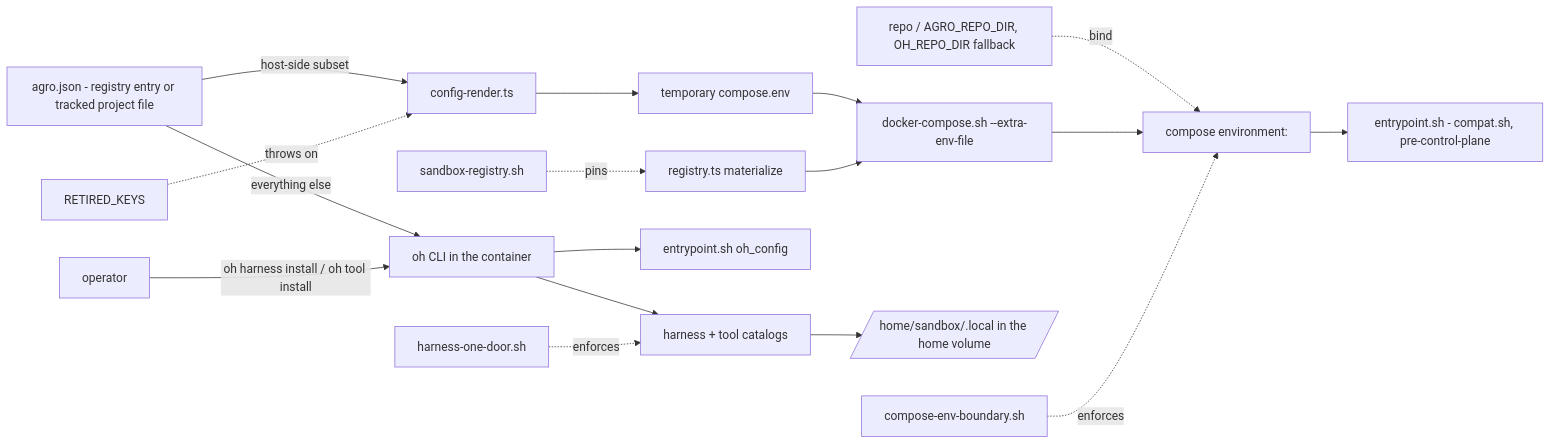
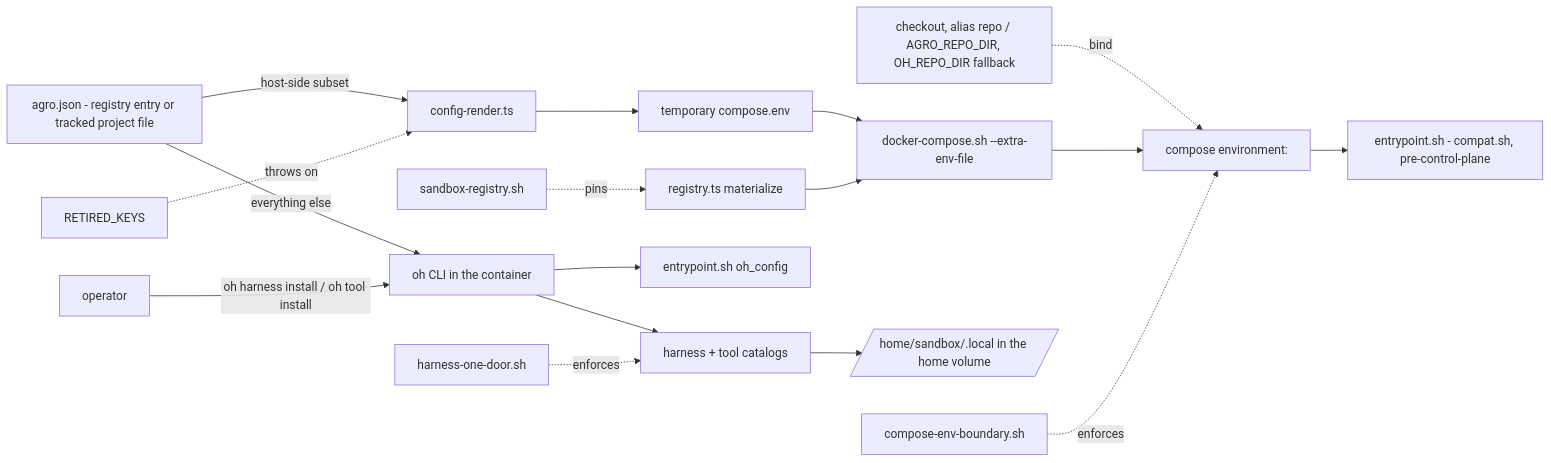
Before and after one commit to mifunedev/agro: the diagram in .agro/knowledge/source/compose-env-boundary.md, drawn with Mermaid. The commit also changed other lines of this file and 4 other files, not shown here.

````diff
--- a/.agro/knowledge/source/compose-env-boundary.md
+++ b/.agro/knowledge/source/compose-env-boundary.md
@@ -63,20 +65,20 @@
 ```mermaid
 flowchart LR
   OH[agro.json - registry entry or tracked project file]
   OH -->|host-side subset| CR[config-render.ts]
   CR --> ENV[temporary compose.env]
   ENV --> DC[docker-compose.sh --extra-env-file]
   REG[registry.ts materialize] --> DC
-  REPO["repo / AGRO_REPO_DIR, OH_REPO_DIR fallback"] -. bind .-> COMPOSE
+  REPO["checkout, alias repo / AGRO_REPO_DIR, OH_REPO_DIR fallback"] -. bind .-> COMPOSE
   DC --> COMPOSE[compose environment:]
   COMPOSE --> EP1[entrypoint.sh - compat.sh, pre-control-plane]
   OH -->|everything else| CLI[oh CLI in the container]
   CLI --> EP2[entrypoint.sh oh_config]
   OP[operator] -->|oh harness install / oh tool install| CLI
   CLI --> CAT[harness + tool catalogs]
   CAT --> HOME[/home/sandbox/.local in the home volume/]
   PROBE[compose-env-boundary.sh] -.enforces.-> COMPOSE
   DOOR[harness-one-door.sh] -.enforces.-> CAT
   SR[sandbox-registry.sh] -.pins.-> REG
   RK[RETIRED_KEYS] -.throws on.-> CR
 ```
````
